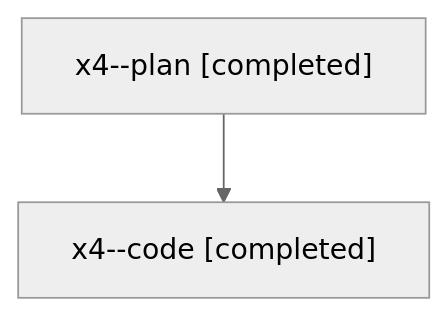
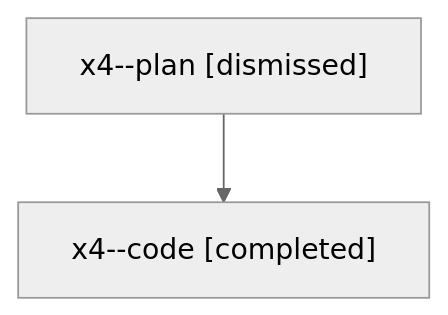
One commit to sase-org/sase--agents changed the diagram in families/bbugyi200.athena.x4.md. Above: the diagram before and after it, drawn with Mermaid (neutral theme). The commit also changed other lines of this file and 2170 other files, not shown here.

````diff
--- a/families/bbugyi200.athena.x4.md
+++ b/families/bbugyi200.athena.x4.md
@@ -9,6 +9,6 @@
 ```mermaid
 flowchart TD
-  n0["x4--plan [completed]"]
+  n0["x4--plan [dismissed]"]
   n1["x4--code [completed]"]
   n0 --> n1
 ```
````
